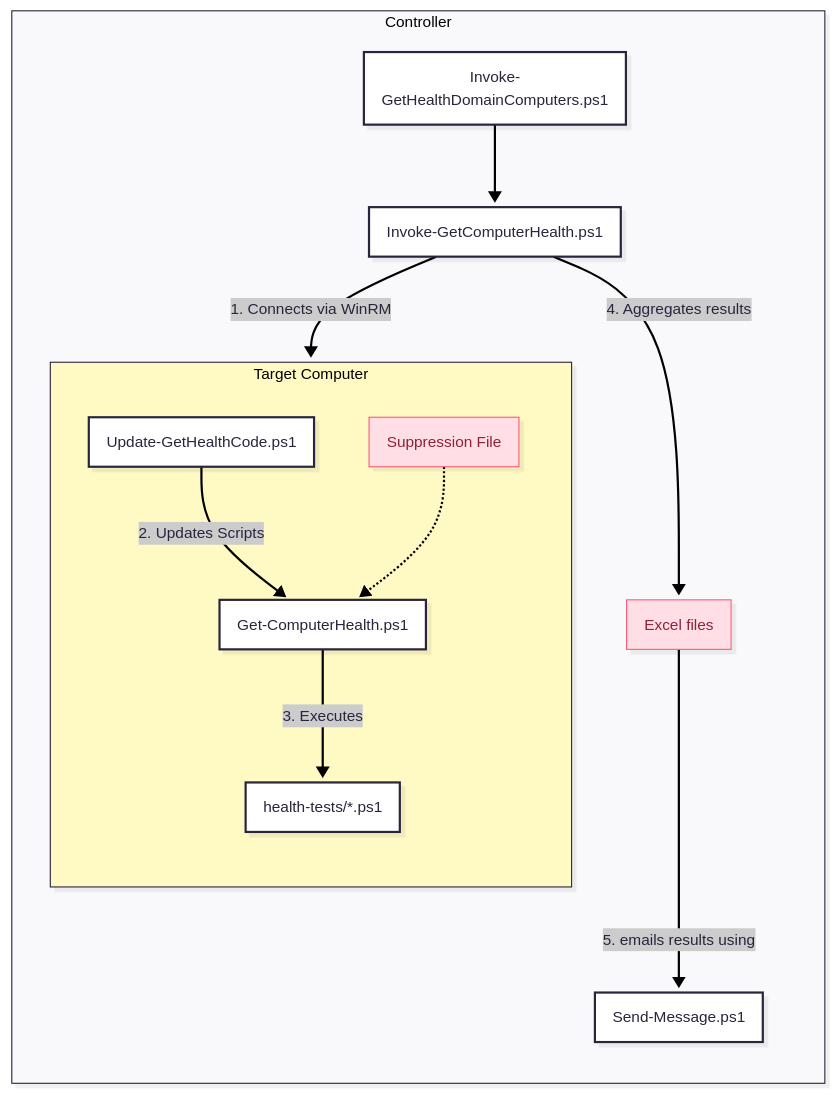
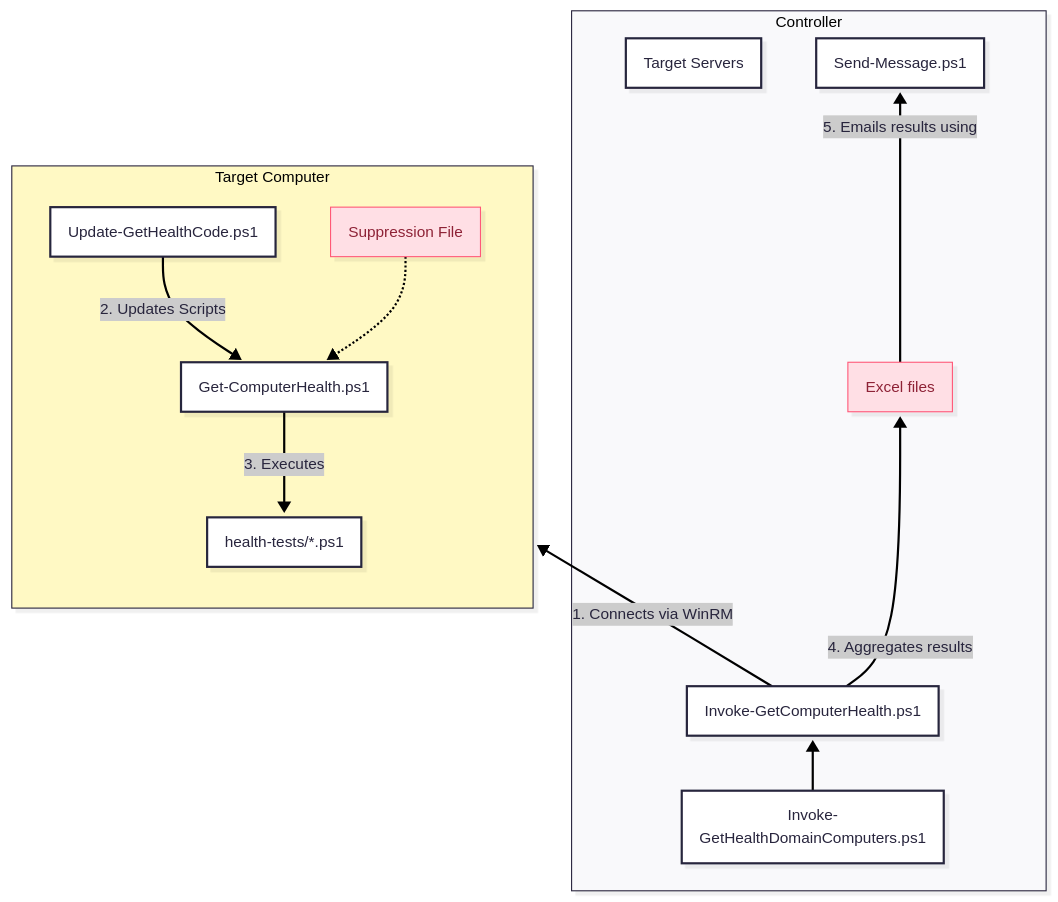
Before and after one commit to ndemou/GetComputerHealth: the diagram in README.md, drawn with Mermaid. The commit also changed other lines of this file, not shown here.

````diff
--- a/README.md
+++ b/README.md
@@ -45,33 +187,33 @@
 ```mermaid
 ---
 config:
   look: neo
   theme: redux
 ---
 flowchart BT
  subgraph Controller["Controller"]
         Orchestrator["Invoke-GetComputerHealth.ps1"]
         Entry["Invoke-GetHealthDomainComputers.ps1"]
-        Target["Target Servers"]
+        TargetServers["Target Servers"]
         Report["Excel files"]
         Mailer["Send-Message.ps1"]
-  end
+ end
  subgraph Target["Target Computer"]
         LocalRunner["Get-ComputerHealth.ps1"]
         Updater["Update-GetHealthCode.ps1"]
         Tests["health-tests/*.ps1"]
         Config["Suppression File"]
-  end
+ end
     Entry --> Orchestrator
     Orchestrator -- "1. Connects via WinRM" --> Target
     Orchestrator -- "4. Aggregates results" --> Report
-    Report -- "5. emails results using" --> Mailer
+    Report -- "5. Emails results using" --> Mailer
     Updater -- "2. Updates Scripts" --> LocalRunner
     LocalRunner -- "3. Executes" --> Tests
     Config -.-> LocalRunner
 
      Report:::Rose
      Config:::Rose
-    classDef Rose stroke-width:1px, stroke-dasharray:none, stroke:#FF5978, fill:#FFDFE5, color:#8E2236
-    style Target fill:#FFF9C4
+     classDef Rose stroke-width:1px, stroke-dasharray:none, stroke:#FF5978, fill:#FFDFE5, color:#8E2236
+     style Target fill:#FFF9C4
 ```
````
